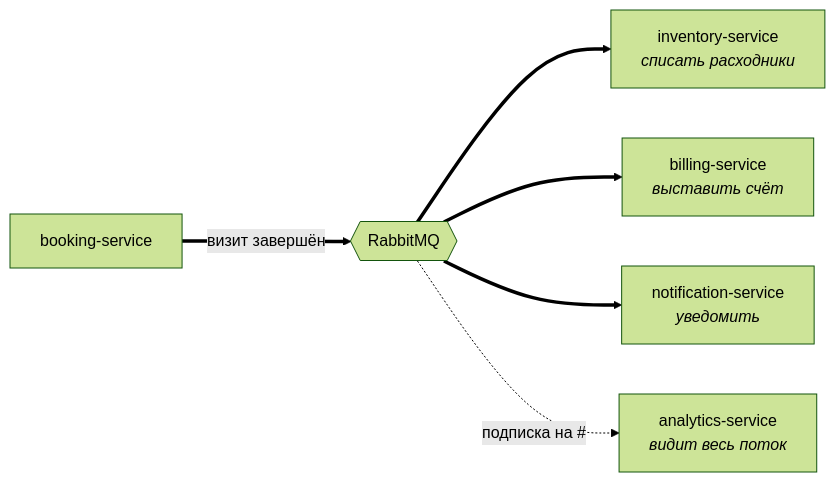
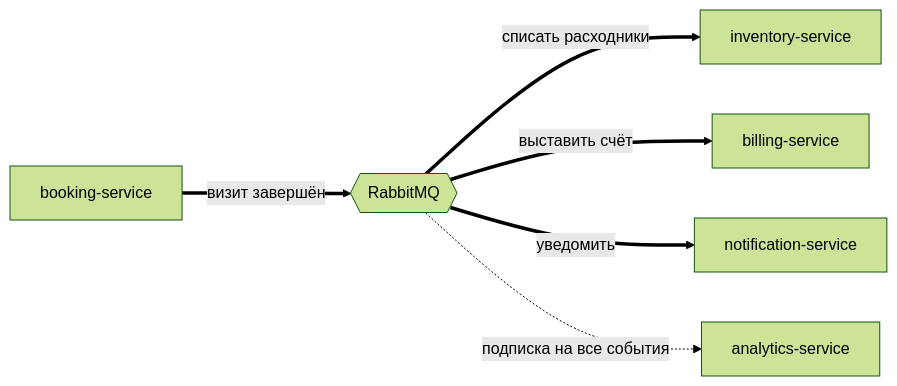
One commit to mireacrm/.github changed the second of 2 diagrams in profile/README.md. Above: the diagram before and after it, drawn with Mermaid (forest theme). The commit also changed other lines of this file, not shown here.

First line of the commit message:
Диаграммы на общеупотребимом синтаксисе

````diff
--- a/profile/README.md
+++ b/profile/README.md
@@ -43,8 +44,8 @@
 ```mermaid
 flowchart LR
     BOOK[booking-service] ==>|визит завершён| MQ{{RabbitMQ}}
-    MQ ==> INV[inventory-service<br/><i>списать расходники</i>]
-    MQ ==> BILL[billing-service<br/><i>выставить счёт</i>]
-    MQ ==> NOTIF[notification-service<br/><i>уведомить</i>]
-    MQ -.->|подписка на #| ANA[analytics-service<br/><i>видит весь поток</i>]
+    MQ ==>|списать расходники| INV[inventory-service]
+    MQ ==>|выставить счёт| BILL[billing-service]
+    MQ ==>|уведомить| NOTIF[notification-service]
+    MQ -.->|подписка на все события| ANA[analytics-service]
 ```
````
